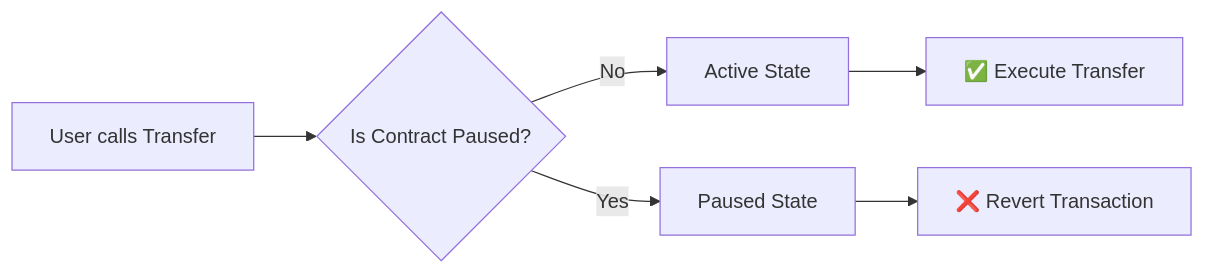
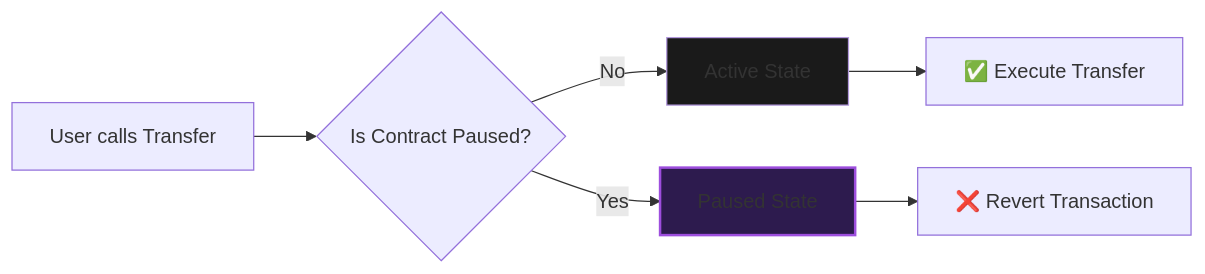
One commit to NexTechArchitect/SISO-Token-ERC20 changed the diagram in README.md. Above: the diagram before and after it, drawn with Mermaid. The commit also changed other lines of this file, not shown here.

````diff
--- a/README.md
+++ b/README.md
@@ -109,15 +120,18 @@
 ```mermaid
 graph LR
     Call[User calls Transfer]
     Check{Is Contract Paused?}
     Status_Active[Active State]
     Status_Paused[Paused State]
     
     Call --> Check
     Check -- No --> Status_Active
     Status_Active --> Execute[✅ Execute Transfer]
     
     Check -- Yes --> Status_Paused
     Status_Paused --> Revert[❌ Revert Transaction]
+    
+    style Status_Active fill:#1a1a1a,stroke:#b298dc
+    style Status_Paused fill:#2d1b4e,stroke:#9d4edd,stroke-width:2px
 
 ```
````
